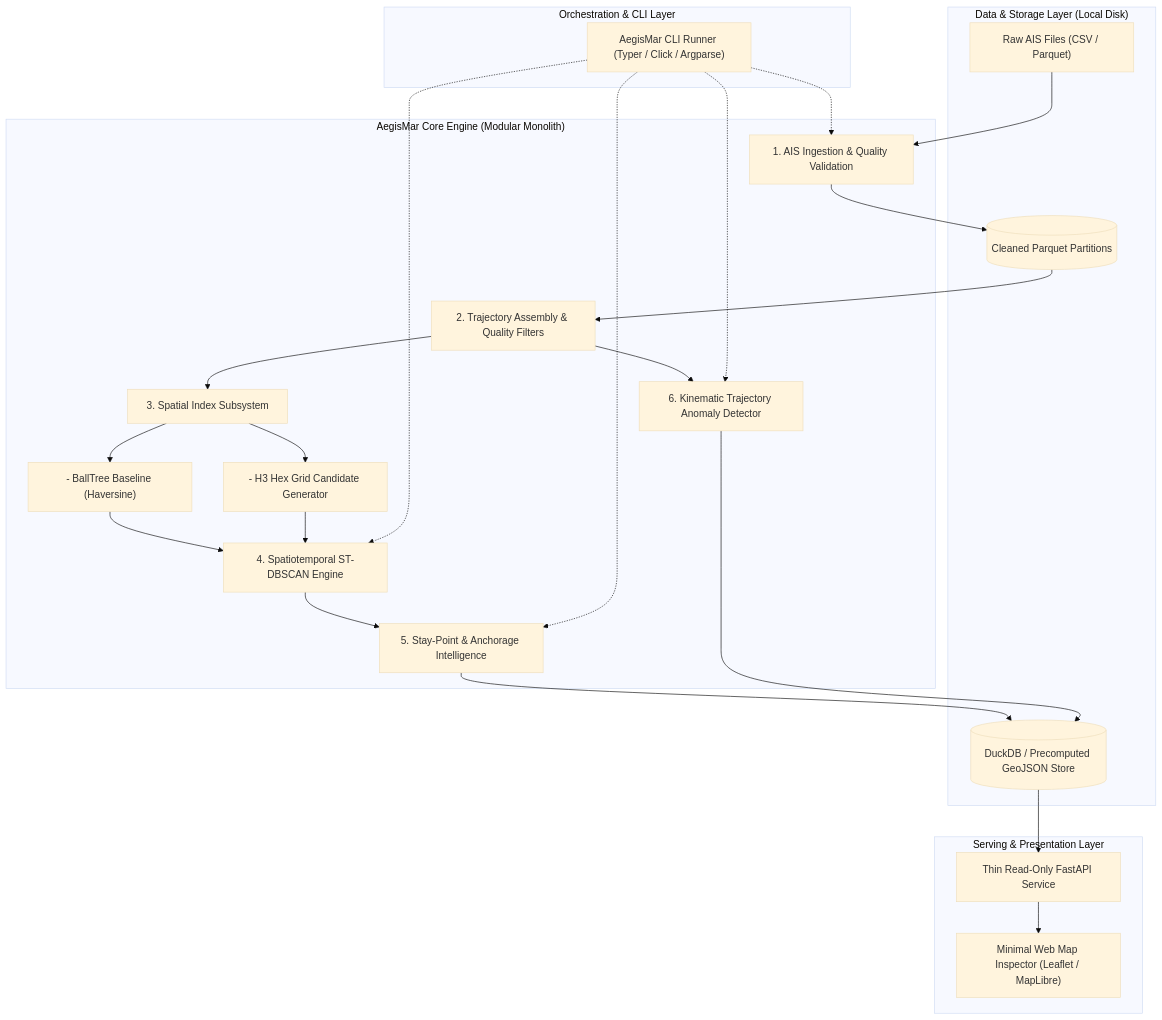
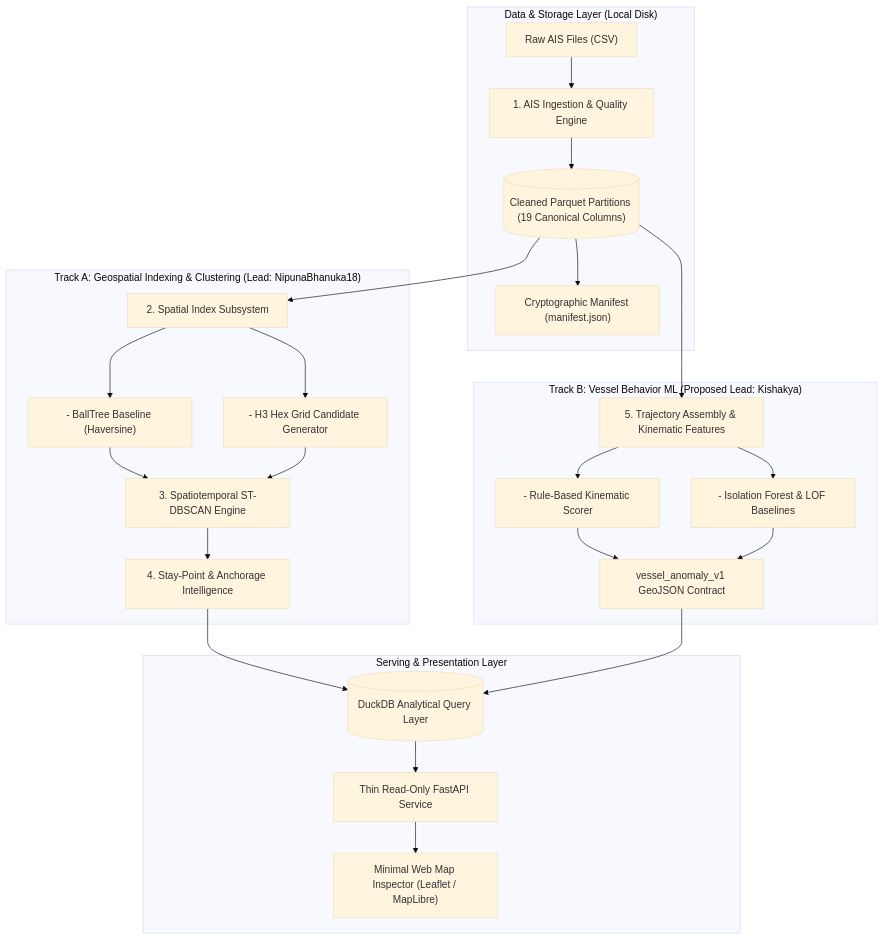
The diagram in docs/02-architecture/system-architecture.md (NipunaBhanuka18/Project-AegisMar), drawn with Mermaid (base theme) before and after one commit. The commit also changed other lines of this file and 12 other files, not shown here.

````diff
--- a/docs/02-architecture/system-architecture.md
+++ b/docs/02-architecture/system-architecture.md
@@ -27,48 +33,32 @@
 ```mermaid
 flowchart TD
-    subgraph StorageLayer ["Data & Storage Layer (Local Disk)"]
-        RawFiles["Raw AIS Files (CSV / Parquet)"]
-        CleanParquet[("Cleaned Parquet Partitions")]
-        AnalyticalStore[("DuckDB / Precomputed GeoJSON Store")]
+    subgraph DataLayer ["Data & Storage Layer (Local Disk)"]
+        RawFiles["Raw AIS Files (CSV)"] --> Ingest["1. AIS Ingestion & Quality Engine"]
+        Ingest --> CleanParquet[("Cleaned Parquet Partitions (19 Canonical Columns)")]
+        CleanParquet --> Manifest["Cryptographic Manifest (manifest.json)"]
     end
 
-    subgraph CLI ["Orchestration & CLI Layer"]
-        CLIRunner["AegisMar CLI Runner (Typer / Click / Argparse)"]
+    subgraph TrackA ["Track A: Geospatial Indexing & Clustering (Lead: NipunaBhanuka18)"]
+        CleanParquet --> SpatialIdx["2. Spatial Index Subsystem"]
+        SpatialIdx --> BallTree["- BallTree Baseline (Haversine)"]
+        SpatialIdx --> H3Engine["- H3 Hex Grid Candidate Generator"]
+        BallTree --> Cluster["3. Spatiotemporal ST-DBSCAN Engine"]
+        H3Engine --> Cluster
+        Cluster --> StayPoint["4. Stay-Point & Anchorage Intelligence"]
     end
 
-    subgraph CoreEngine ["AegisMar Core Engine (Modular Monolith)"]
-        Ingest["1. AIS Ingestion & Quality Validation"]
-        TrajPrep["2. Trajectory Assembly & Quality Filters"]
-        SpatialIdx["3. Spatial Index Subsystem"]
-        BallTree["- BallTree Baseline (Haversine)"]
-        H3Engine["- H3 Hex Grid Candidate Generator"]
-        Cluster["4. Spatiotemporal ST-DBSCAN Engine"]
-        StayPoint["5. Stay-Point & Anchorage Intelligence"]
-        Anomaly["6. Kinematic Trajectory Anomaly Detector"]
+    subgraph TrackB ["Track B: Vessel Behavior ML (Proposed Lead: Kishakya)"]
+        CleanParquet --> TrajFeat["5. Trajectory Assembly & Kinematic Features"]
+        TrajFeat --> RuleEngine["- Rule-Based Kinematic Scorer"]
+        TrajFeat --> IsoForest["- Isolation Forest & LOF Baselines"]
+        RuleEngine --> AnomalyContract["vessel_anomaly_v1 GeoJSON Contract"]
+        IsoForest --> AnomalyContract
     end
 
     subgraph ServingLayer ["Serving & Presentation Layer"]
-        FastAPISvc["Thin Read-Only FastAPI Service"]
-        WebMap["Minimal Web Map Inspector (Leaflet / MapLibre)"]
+        StayPoint --> AnalyticalStore[("DuckDB Analytical Query Layer")]
+        AnomalyContract --> AnalyticalStore
+        AnalyticalStore --> FastAPISvc["Thin Read-Only FastAPI Service"]
+        FastAPISvc --> WebMap["Minimal Web Map Inspector (Leaflet / MapLibre)"]
     end
-
-    %% Flow connections
-    RawFiles --> Ingest
-    Ingest --> CleanParquet
-    CleanParquet --> TrajPrep
-    TrajPrep --> SpatialIdx
-    SpatialIdx --> BallTree
-    SpatialIdx --> H3Engine
-    BallTree --> Cluster
-    H3Engine --> Cluster
-    Cluster --> StayPoint
-    TrajPrep --> Anomaly
-    StayPoint --> AnalyticalStore
-    Anomaly --> AnalyticalStore
-    CLIRunner -.-> Ingest
-    CLIRunner -.-> Cluster
-    CLIRunner -.-> StayPoint
-    CLIRunner -.-> Anomaly
-    AnalyticalStore --> FastAPISvc
-    FastAPISvc --> WebMap
 ```
````
